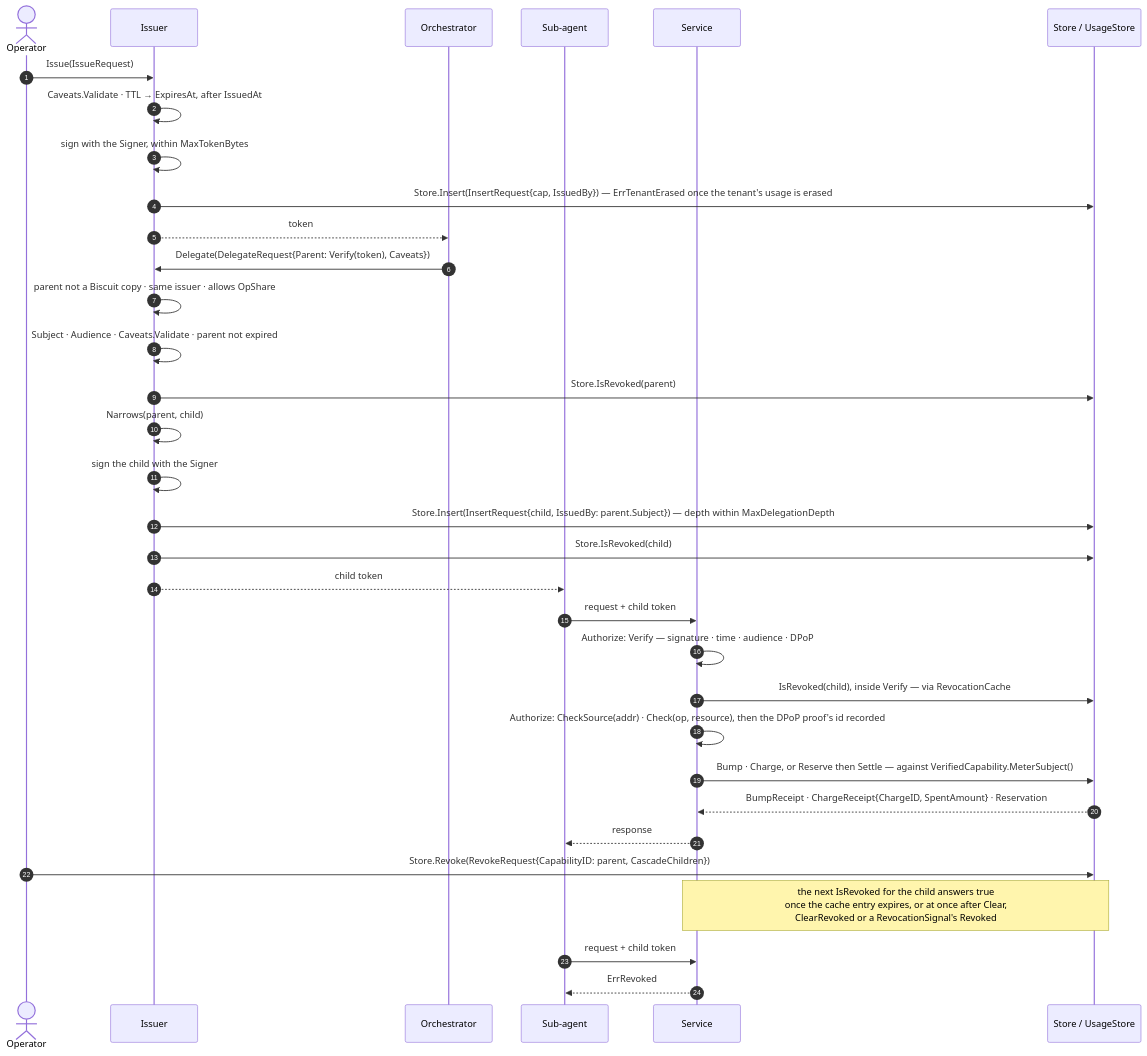
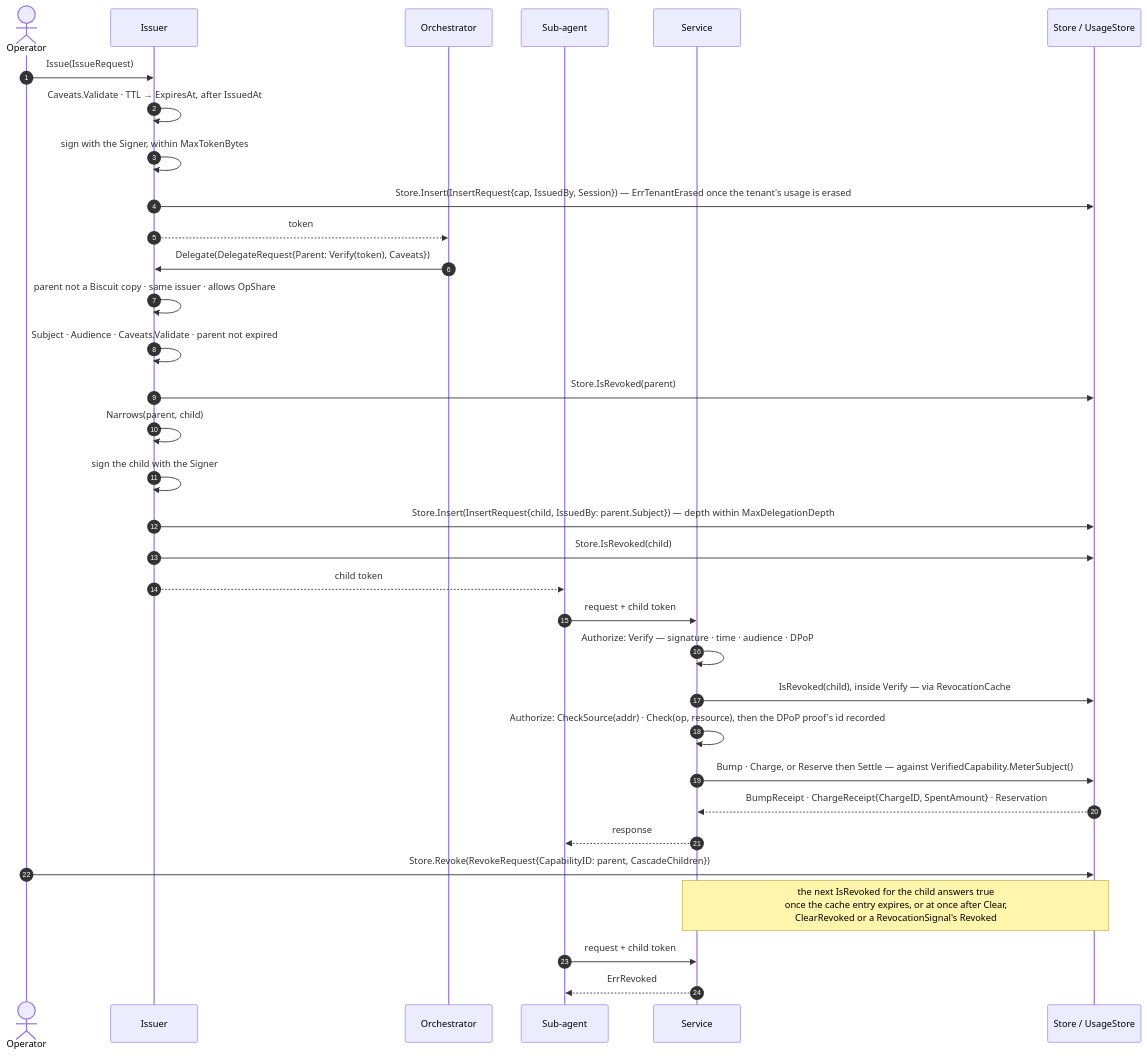
Before and after one commit to oleg-tkachuk/limes: the second of 16 diagrams in docs/diagrams.md, drawn with Mermaid. The commit also changed other lines of this file, not shown here.

Commit message:
docs(diagrams): correct the gates and add exchange, bulk revocation and error codes

````diff
--- a/docs/diagrams.md
+++ b/docs/diagrams.md
@@ -169,39 +185,39 @@
 ```mermaid
 sequenceDiagram
     autonumber
     actor Op as Operator
     participant I as Issuer
     participant O as Orchestrator
     participant W as Sub-agent
     participant S as Service
     participant St as Store / UsageStore
 
     Op->>I: Issue(IssueRequest)
     I->>I: Caveats.Validate · TTL → ExpiresAt, after IssuedAt
     I->>I: sign with the Signer, within MaxTokenBytes
-    I->>St: Store.Insert(InsertRequest{cap, IssuedBy}) — ErrTenantErased once the tenant's usage is erased
+    I->>St: Store.Insert(InsertRequest{cap, IssuedBy, Session}) — ErrTenantErased once the tenant's usage is erased
     I-->>O: token
 
     O->>I: Delegate(DelegateRequest{Parent: Verify(token), Caveats})
     I->>I: parent not a Biscuit copy · same issuer · allows OpShare
     I->>I: Subject · Audience · Caveats.Validate · parent not expired
     I->>St: Store.IsRevoked(parent)
     I->>I: Narrows(parent, child)
     I->>I: sign the child with the Signer
     I->>St: Store.Insert(InsertRequest{child, IssuedBy: parent.Subject}) — depth within MaxDelegationDepth
     I->>St: Store.IsRevoked(child)
     I-->>W: child token
 
     W->>S: request + child token
     S->>S: Authorize: Verify — signature · time · audience · DPoP
     S->>St: IsRevoked(child), inside Verify — via RevocationCache
     S->>S: Authorize: CheckSource(addr) · Check(op, resource), then the DPoP proof's id recorded
     S->>St: Bump · Charge, or Reserve then Settle — against VerifiedCapability.MeterSubject()
     St-->>S: BumpReceipt · ChargeReceipt{ChargeID, SpentAmount} · Reservation
     S-->>W: response
 
     Op->>St: Store.Revoke(RevokeRequest{CapabilityID: parent, CascadeChildren})
     Note over S,St: the next IsRevoked for the child answers true<br/>once the cache entry expires, or at once after Clear,<br/>ClearRevoked or a RevocationSignal's Revoked
     W->>S: request + child token
     S-->>W: ErrRevoked
 ```
````
